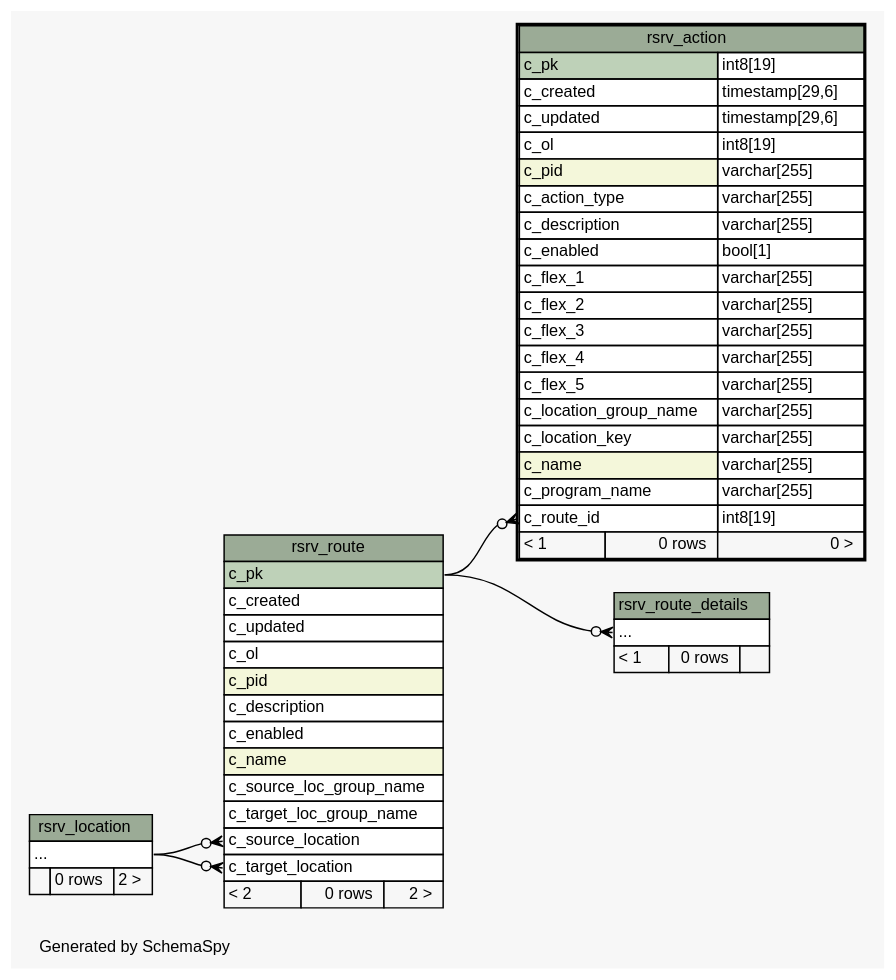
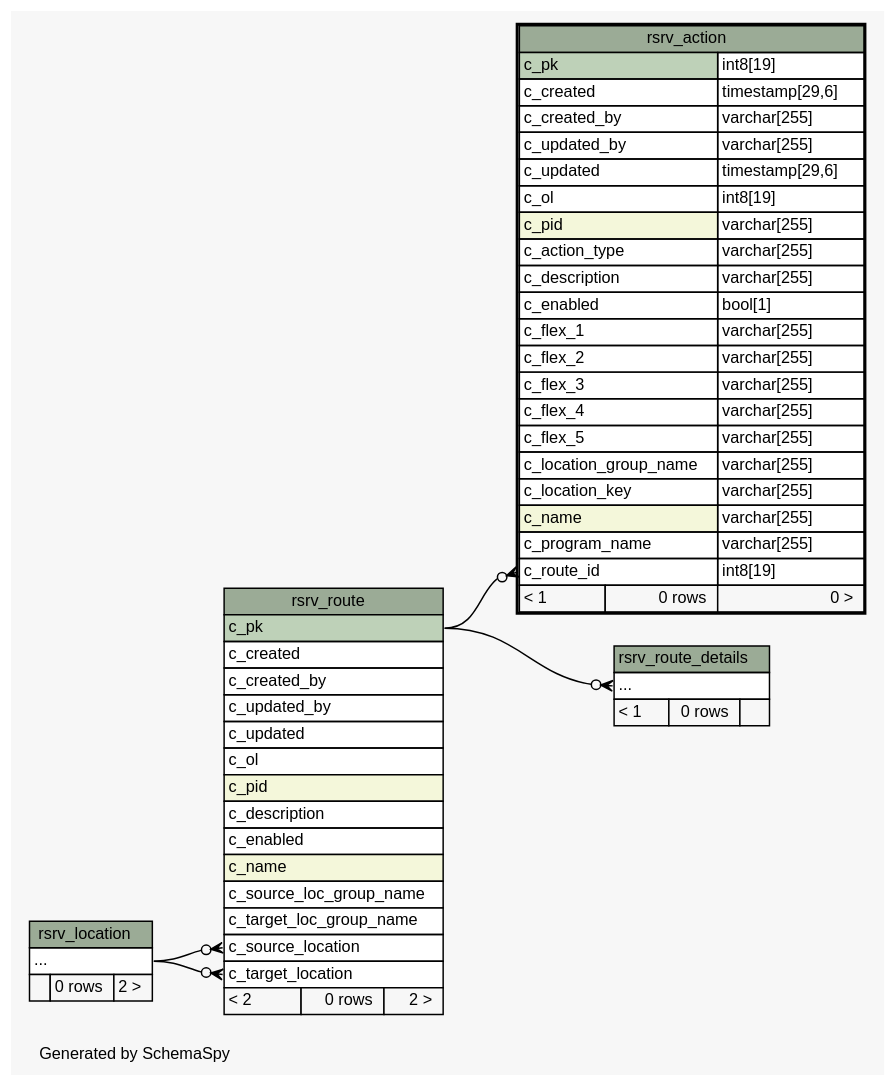
Before and after one commit to openwms/org.openwms.tms.routing.lib: the diagram in 2.0.0-SNAPSHOT/schemaspy/diagrams/rsrv_action.2degrees.dot, drawn with Graphviz. The commit also changed 404 other files, not shown here.

```diff
--- a/2.0.0-SNAPSHOT/schemaspy/diagrams/rsrv_action.2degrees.dot
+++ b/2.0.0-SNAPSHOT/schemaspy/diagrams/rsrv_action.2degrees.dot
@@ -1,94 +1,98 @@
-// dot 2.43.0 on Linux 5.13.0-1022-azure
+// dot 2.43.0 on Linux 5.15.0-1017-azure
 // SchemaSpy rev Unknown
 digraph "twoDegreesRelationshipsDiagram" {
   graph [
     rankdir="RL"
     bgcolor="#f7f7f7"
     label="\nGenerated by SchemaSpy"
     labeljust="l"
     nodesep="0.18"
     ranksep="0.46"
     fontname="Helvetica"
     fontsize="11"
   ];
   node [
     fontname="Helvetica"
     fontsize="11"
     shape="plaintext"
   ];
   edge [
     arrowsize="0.8"
   ];
   "rsrv_action":"c_route_id":w -> "rsrv_route":"c_pk":e [arrowhead=none dir=back arrowtail=crowodot];
   "rsrv_route":"c_source_location":w -> "rsrv_location":"elipses":e [arrowhead=none dir=back arrowtail=crowodot];
   "rsrv_route":"c_target_location":w -> "rsrv_location":"elipses":e [arrowhead=none dir=back arrowtail=crowodot];
   "rsrv_route_details":"elipses":w -> "rsrv_route":"c_pk":e [arrowhead=none dir=back arrowtail=crowodot];
   "rsrv_action" [
     label=<
     <TABLE BORDER="2" CELLBORDER="1" CELLSPACING="0" BGCOLOR="#ffffff">
       <TR><TD COLSPAN="3" BGCOLOR="#9bab96" ALIGN="CENTER">rsrv_action</TD></TR>
       <TR><TD PORT="c_pk" COLSPAN="2" BGCOLOR="#bed1b8" ALIGN="LEFT">c_pk</TD><TD PORT="c_pk.type" ALIGN="LEFT">int8[19]</TD></TR>
       <TR><TD PORT="c_created" COLSPAN="2" ALIGN="LEFT">c_created</TD><TD PORT="c_created.type" ALIGN="LEFT">timestamp[29,6]</TD></TR>
+      <TR><TD PORT="c_created_by" COLSPAN="2" ALIGN="LEFT">c_created_by</TD><TD PORT="c_created_by.type" ALIGN="LEFT">varchar[255]</TD></TR>
+      <TR><TD PORT="c_updated_by" COLSPAN="2" ALIGN="LEFT">c_updated_by</TD><TD PORT="c_updated_by.type" ALIGN="LEFT">varchar[255]</TD></TR>
       <TR><TD PORT="c_updated" COLSPAN="2" ALIGN="LEFT">c_updated</TD><TD PORT="c_updated.type" ALIGN="LEFT">timestamp[29,6]</TD></TR>
       <TR><TD PORT="c_ol" COLSPAN="2" ALIGN="LEFT">c_ol</TD><TD PORT="c_ol.type" ALIGN="LEFT">int8[19]</TD></TR>
       <TR><TD PORT="c_pid" COLSPAN="2" BGCOLOR="#f4f7da" ALIGN="LEFT">c_pid</TD><TD PORT="c_pid.type" ALIGN="LEFT">varchar[255]</TD></TR>
       <TR><TD PORT="c_action_type" COLSPAN="2" ALIGN="LEFT">c_action_type</TD><TD PORT="c_action_type.type" ALIGN="LEFT">varchar[255]</TD></TR>
       <TR><TD PORT="c_description" COLSPAN="2" ALIGN="LEFT">c_description</TD><TD PORT="c_description.type" ALIGN="LEFT">varchar[255]</TD></TR>
       <TR><TD PORT="c_enabled" COLSPAN="2" ALIGN="LEFT">c_enabled</TD><TD PORT="c_enabled.type" ALIGN="LEFT">bool[1]</TD></TR>
       <TR><TD PORT="c_flex_1" COLSPAN="2" ALIGN="LEFT">c_flex_1</TD><TD PORT="c_flex_1.type" ALIGN="LEFT">varchar[255]</TD></TR>
       <TR><TD PORT="c_flex_2" COLSPAN="2" ALIGN="LEFT">c_flex_2</TD><TD PORT="c_flex_2.type" ALIGN="LEFT">varchar[255]</TD></TR>
       <TR><TD PORT="c_flex_3" COLSPAN="2" ALIGN="LEFT">c_flex_3</TD><TD PORT="c_flex_3.type" ALIGN="LEFT">varchar[255]</TD></TR>
       <TR><TD PORT="c_flex_4" COLSPAN="2" ALIGN="LEFT">c_flex_4</TD><TD PORT="c_flex_4.type" ALIGN="LEFT">varchar[255]</TD></TR>
       <TR><TD PORT="c_flex_5" COLSPAN="2" ALIGN="LEFT">c_flex_5</TD><TD PORT="c_flex_5.type" ALIGN="LEFT">varchar[255]</TD></TR>
       <TR><TD PORT="c_location_group_name" COLSPAN="2" ALIGN="LEFT">c_location_group_name</TD><TD PORT="c_location_group_name.type" ALIGN="LEFT">varchar[255]</TD></TR>
       <TR><TD PORT="c_location_key" COLSPAN="2" ALIGN="LEFT">c_location_key</TD><TD PORT="c_location_key.type" ALIGN="LEFT">varchar[255]</TD></TR>
       <TR><TD PORT="c_name" COLSPAN="2" BGCOLOR="#f4f7da" ALIGN="LEFT">c_name</TD><TD PORT="c_name.type" ALIGN="LEFT">varchar[255]</TD></TR>
       <TR><TD PORT="c_program_name" COLSPAN="2" ALIGN="LEFT">c_program_name</TD><TD PORT="c_program_name.type" ALIGN="LEFT">varchar[255]</TD></TR>
       <TR><TD PORT="c_route_id" COLSPAN="2" ALIGN="LEFT">c_route_id</TD><TD PORT="c_route_id.type" ALIGN="LEFT">int8[19]</TD></TR>
       <TR><TD ALIGN="LEFT" BGCOLOR="#f7f7f7">&lt; 1</TD><TD ALIGN="RIGHT" BGCOLOR="#f7f7f7">0 rows</TD><TD ALIGN="RIGHT" BGCOLOR="#f7f7f7">0 &gt;</TD></TR>
     </TABLE>>
     URL="rsrv_action.html"
     tooltip="rsrv_action"
   ];
   "rsrv_location" [
     label=<
     <TABLE BORDER="0" CELLBORDER="1" CELLSPACING="0" BGCOLOR="#ffffff">
       <TR><TD COLSPAN="3" BGCOLOR="#9bab96" ALIGN="CENTER">rsrv_location</TD></TR>
       <TR><TD PORT="elipses" COLSPAN="3" ALIGN="LEFT">...</TD></TR>
       <TR><TD ALIGN="LEFT" BGCOLOR="#f7f7f7">  </TD><TD ALIGN="RIGHT" BGCOLOR="#f7f7f7">0 rows</TD><TD ALIGN="RIGHT" BGCOLOR="#f7f7f7">2 &gt;</TD></TR>
     </TABLE>>
     URL="rsrv_location.html"
     tooltip="rsrv_location"
   ];
   "rsrv_route" [
     label=<
     <TABLE BORDER="0" CELLBORDER="1" CELLSPACING="0" BGCOLOR="#ffffff">
       <TR><TD COLSPAN="3" BGCOLOR="#9bab96" ALIGN="CENTER">rsrv_route</TD></TR>
       <TR><TD PORT="c_pk" COLSPAN="3" BGCOLOR="#bed1b8" ALIGN="LEFT">c_pk</TD></TR>
       <TR><TD PORT="c_created" COLSPAN="3" ALIGN="LEFT">c_created</TD></TR>
+      <TR><TD PORT="c_created_by" COLSPAN="3" ALIGN="LEFT">c_created_by</TD></TR>
+      <TR><TD PORT="c_updated_by" COLSPAN="3" ALIGN="LEFT">c_updated_by</TD></TR>
       <TR><TD PORT="c_updated" COLSPAN="3" ALIGN="LEFT">c_updated</TD></TR>
       <TR><TD PORT="c_ol" COLSPAN="3" ALIGN="LEFT">c_ol</TD></TR>
       <TR><TD PORT="c_pid" COLSPAN="3" BGCOLOR="#f4f7da" ALIGN="LEFT">c_pid</TD></TR>
       <TR><TD PORT="c_description" COLSPAN="3" ALIGN="LEFT">c_description</TD></TR>
       <TR><TD PORT="c_enabled" COLSPAN="3" ALIGN="LEFT">c_enabled</TD></TR>
       <TR><TD PORT="c_name" COLSPAN="3" BGCOLOR="#f4f7da" ALIGN="LEFT">c_name</TD></TR>
       <TR><TD PORT="c_source_loc_group_name" COLSPAN="3" ALIGN="LEFT">c_source_loc_group_name</TD></TR>
       <TR><TD PORT="c_target_loc_group_name" COLSPAN="3" ALIGN="LEFT">c_target_loc_group_name</TD></TR>
       <TR><TD PORT="c_source_location" COLSPAN="3" ALIGN="LEFT">c_source_location</TD></TR>
       <TR><TD PORT="c_target_location" COLSPAN="3" ALIGN="LEFT">c_target_location</TD></TR>
       <TR><TD ALIGN="LEFT" BGCOLOR="#f7f7f7">&lt; 2</TD><TD ALIGN="RIGHT" BGCOLOR="#f7f7f7">0 rows</TD><TD ALIGN="RIGHT" BGCOLOR="#f7f7f7">2 &gt;</TD></TR>
     </TABLE>>
     URL="rsrv_route.html"
     tooltip="rsrv_route"
   ];
   "rsrv_route_details" [
     label=<
     <TABLE BORDER="0" CELLBORDER="1" CELLSPACING="0" BGCOLOR="#ffffff">
       <TR><TD COLSPAN="3" BGCOLOR="#9bab96" ALIGN="CENTER">rsrv_route_details</TD></TR>
       <TR><TD PORT="elipses" COLSPAN="3" ALIGN="LEFT">...</TD></TR>
       <TR><TD ALIGN="LEFT" BGCOLOR="#f7f7f7">&lt; 1</TD><TD ALIGN="RIGHT" BGCOLOR="#f7f7f7">0 rows</TD><TD ALIGN="RIGHT" BGCOLOR="#f7f7f7">  </TD></TR>
     </TABLE>>
     URL="rsrv_route_details.html"
     tooltip="rsrv_route_details"
   ];
 }
```
